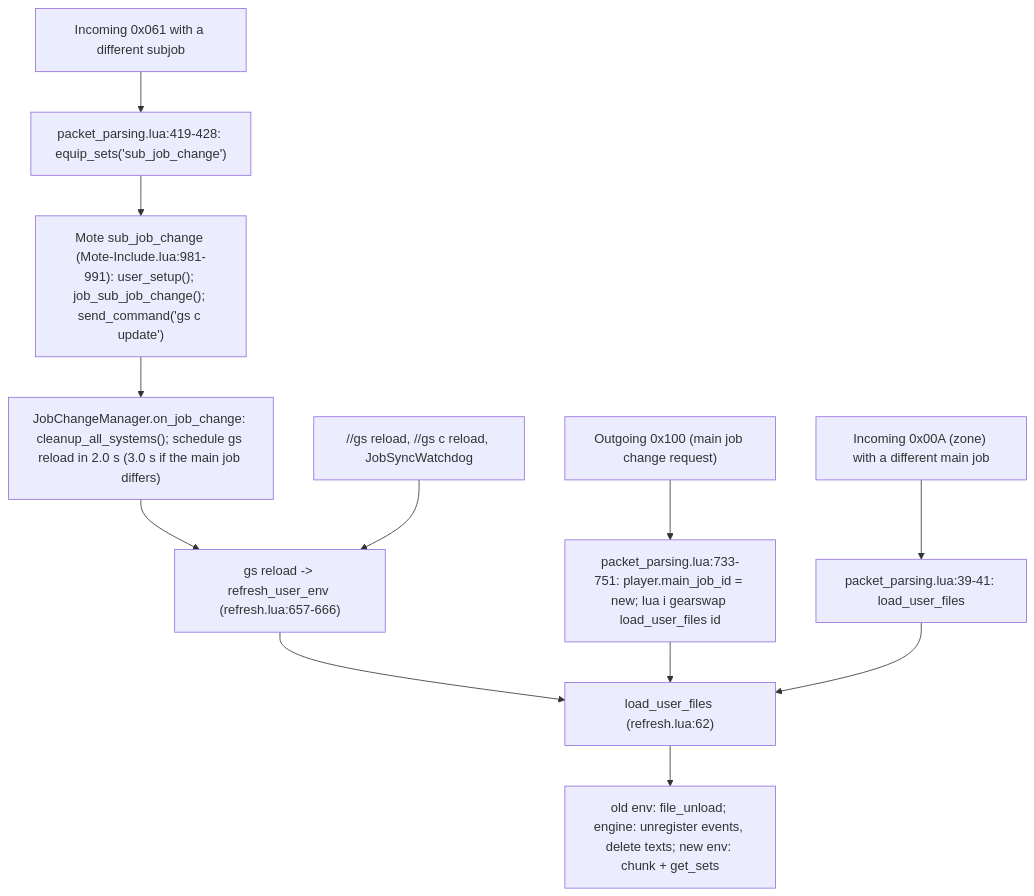
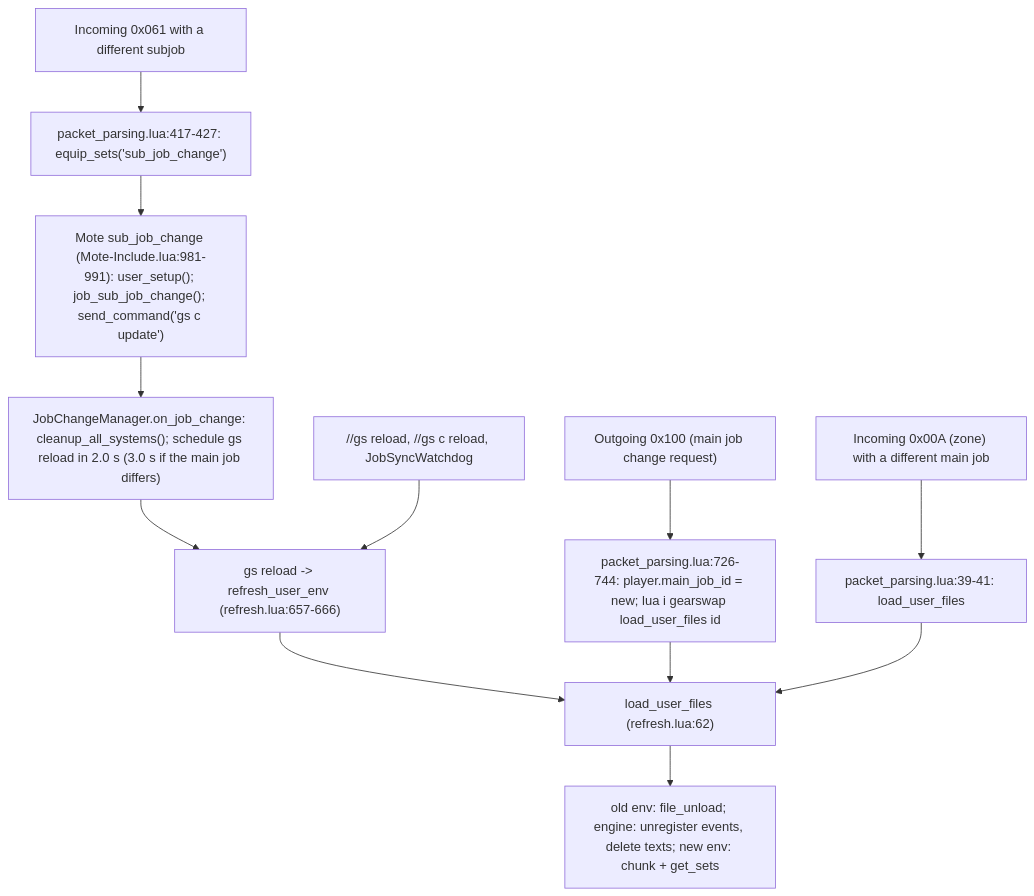
The first of 2 diagrams in docs/dev/architecture/job-change-lifecycle.md (ejouanchicot/Gearswap), drawn with Mermaid before and after one commit. The commit also changed other lines of this file and 49 other files, not shown here.

````diff
--- a/docs/dev/architecture/job-change-lifecycle.md
+++ b/docs/dev/architecture/job-change-lifecycle.md
@@ -70,14 +70,14 @@
 ```mermaid
 flowchart TD
-    A["Outgoing 0x100 (main job change request)"] --> B["packet_parsing.lua:733-751: player.main_job_id = new; lua i gearswap load_user_files id"]
-    C["Incoming 0x061 with a different subjob"] --> D["packet_parsing.lua:419-428: equip_sets('sub_job_change')"]
+    A["Outgoing 0x100 (main job change request)"] --> B["packet_parsing.lua:726-744: player.main_job_id = new; lua i gearswap load_user_files id"]
+    C["Incoming 0x061 with a different subjob"] --> D["packet_parsing.lua:417-427: equip_sets('sub_job_change')"]
     D --> E["Mote sub_job_change (Mote-Include.lua:981-991): user_setup(); job_sub_job_change(); send_command('gs c update')"]
     E --> F["JobChangeManager.on_job_change: cleanup_all_systems(); schedule gs reload in 2.0 s (3.0 s if the main job differs)"]
     F --> G["gs reload -> refresh_user_env (refresh.lua:657-666)"]
     H["//gs reload, //gs c reload, JobSyncWatchdog"] --> G
     I["Incoming 0x00A (zone) with a different main job"] --> J["packet_parsing.lua:39-41: load_user_files"]
     G --> K["load_user_files (refresh.lua:62)"]
     B --> K
     J --> K
     K --> L["old env: file_unload; engine: unregister events, delete texts; new env: chunk + get_sets"]
 ```
````
